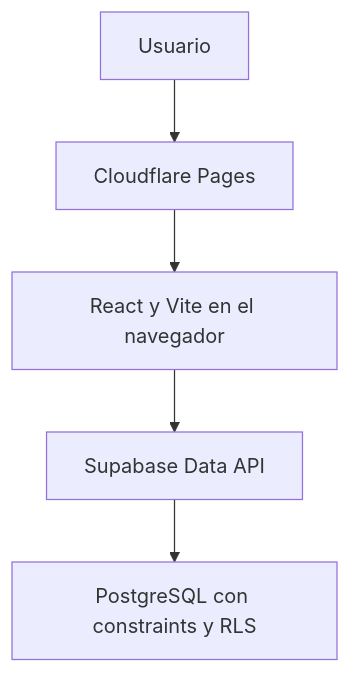
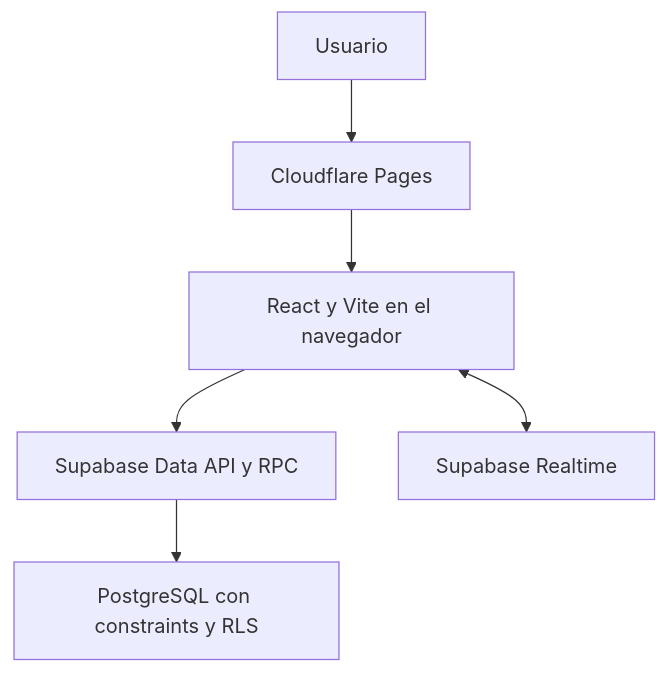
The diagram in README.md (fcamasca/mikuyapp-restaurant-ops), drawn with Mermaid before and after one commit. The commit also changed other lines of this file and 2 other files, not shown here.

````diff
--- a/README.md
+++ b/README.md
@@ -68,7 +74,8 @@
 ```mermaid
 flowchart TB
     U[Usuario] --> C[Cloudflare Pages]
     C --> F[React y Vite en el navegador]
-    F --> A[Supabase Data API]
+    F --> A[Supabase Data API y RPC]
+    F <--> R[Supabase Realtime]
     A --> P[PostgreSQL con constraints y RLS]
 ```
````
